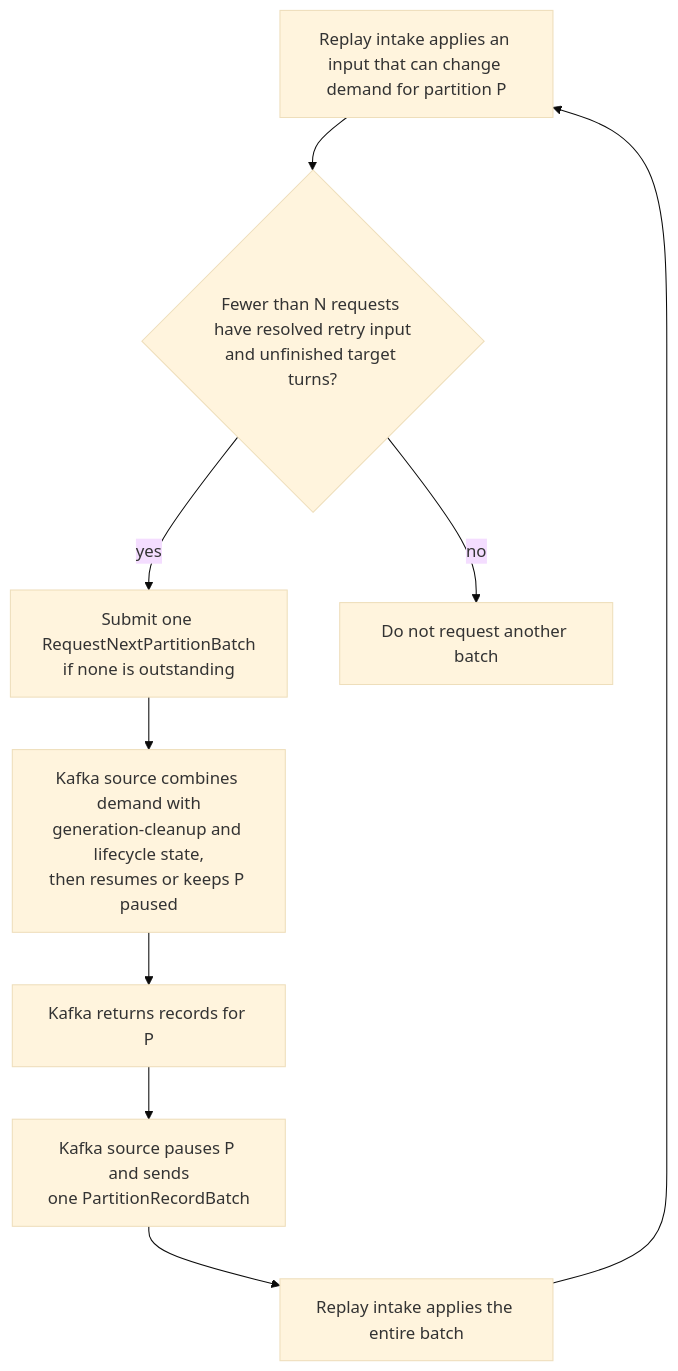
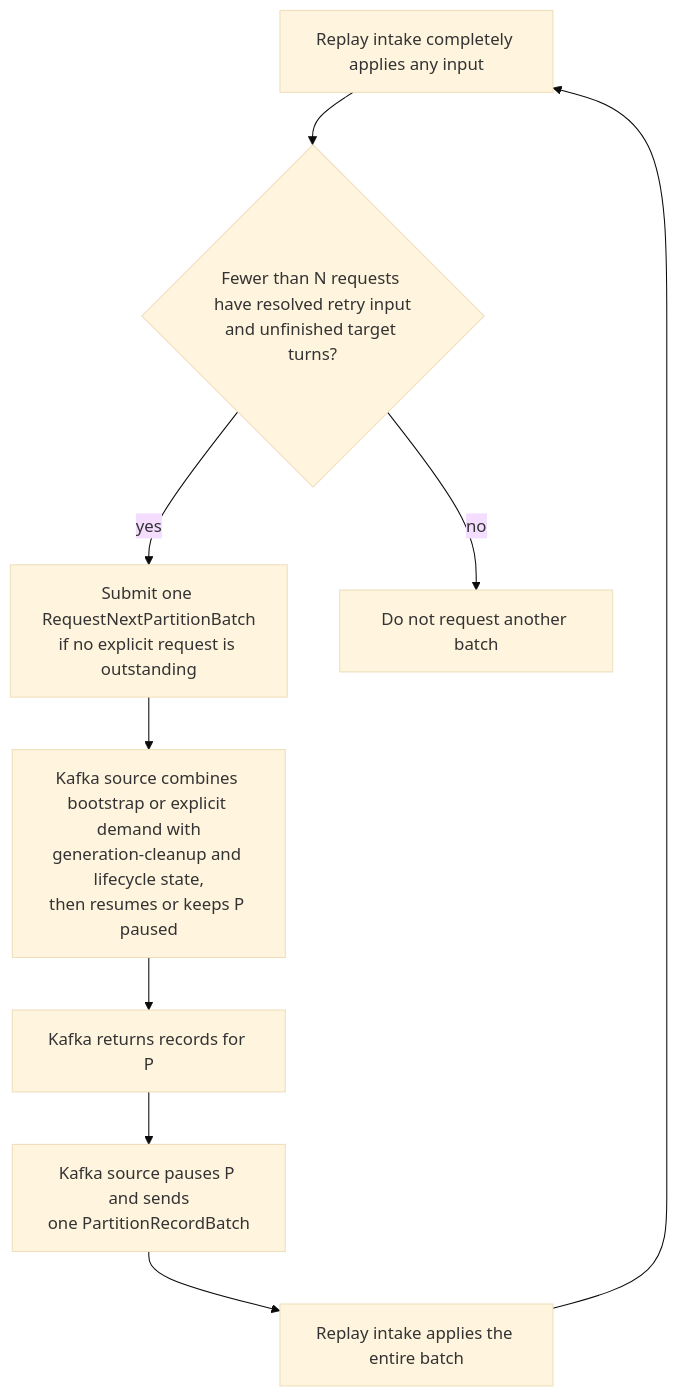
The fifth of 7 diagrams in docs/captureAndReplay/replayerProcessingAndCommitArchitecture.md (opensearch-project/opensearch-migrations), drawn with Mermaid (base theme) before and after one commit. The commit also changed other lines of this file and 7 other files, not shown here.

First line of the commit message:
Assignment installs a bootstrap batch entitlement, and demand runs anyway

````diff
--- a/docs/captureAndReplay/replayerProcessingAndCommitArchitecture.md
+++ b/docs/captureAndReplay/replayerProcessingAndCommitArchitecture.md
@@ -1119,16 +1146,16 @@
 ```mermaid
 flowchart TD
-    A["Replay intake applies an input that can change demand for partition P"]
+    A["Replay intake completely applies any input"]
     B{"Fewer than N requests have resolved retry input<br/>and unfinished target turns?"}
-    C["Submit one RequestNextPartitionBatch<br/>if none is outstanding"]
+    C["Submit one RequestNextPartitionBatch<br/>if no explicit request is outstanding"]
     D["Do not request another batch"]
-    E["Kafka source combines demand with<br/>generation-cleanup and lifecycle state,<br/>then resumes or keeps P paused"]
+    E["Kafka source combines bootstrap or explicit demand with<br/>generation-cleanup and lifecycle state,<br/>then resumes or keeps P paused"]
     F["Kafka returns records for P"]
     G["Kafka source pauses P and sends<br/>one PartitionRecordBatch"]
     H["Replay intake applies the entire batch"]
 
     A --> B
     B -->|"yes"| C
     B -->|"no"| D
     C --> E --> F --> G --> H --> A
 ```
````
